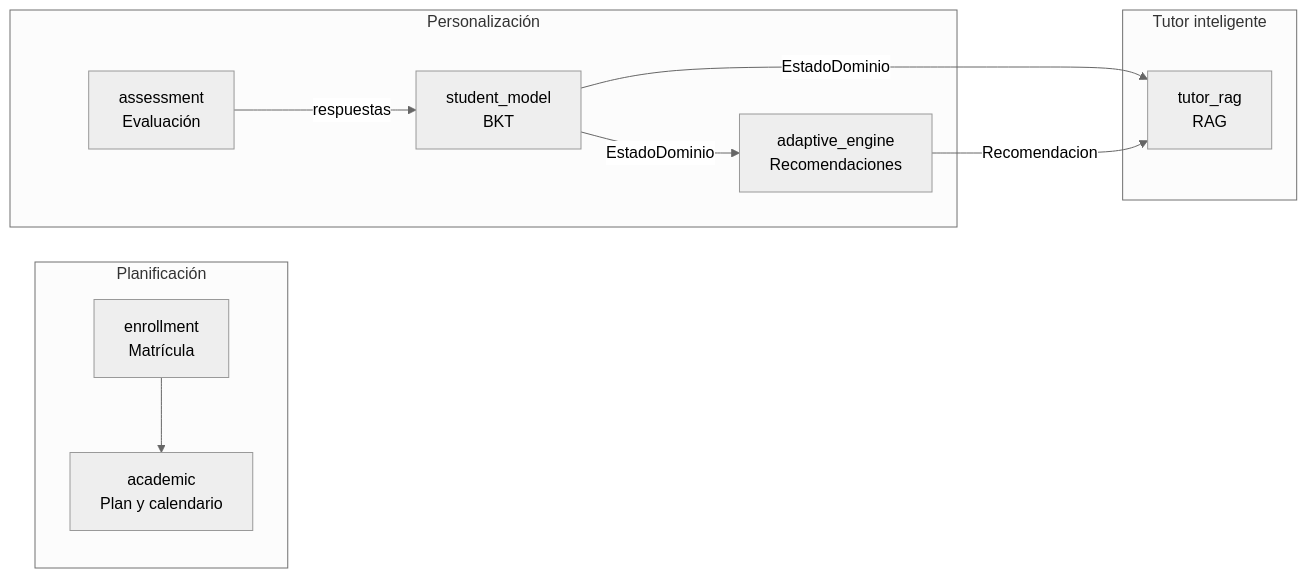
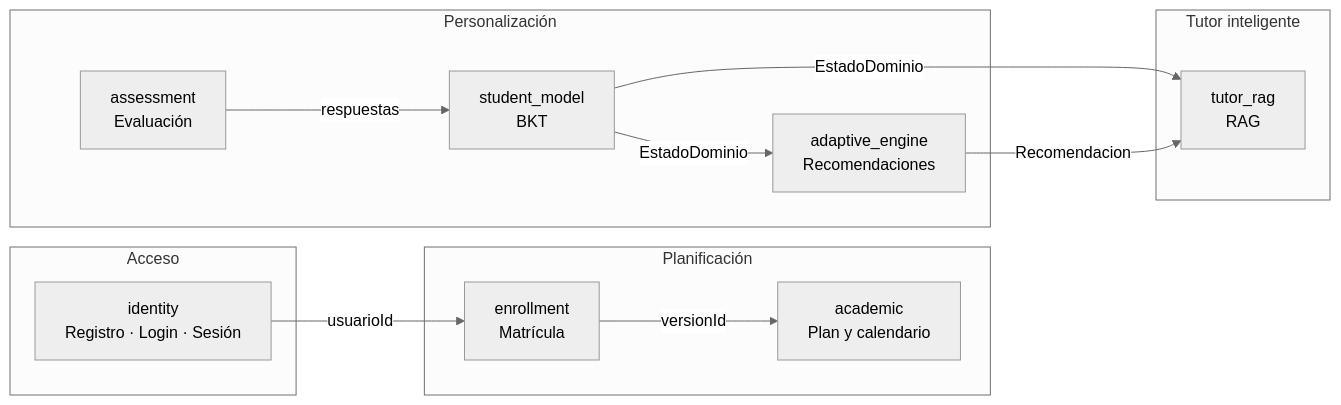
One commit to elvisllampasi27-oss/academiapp_v2 changed the first of 7 diagrams in README.md. Above: the diagram before and after it, drawn with Mermaid (neutral theme). The commit also changed other lines of this file, not shown here.

````diff
--- a/README.md
+++ b/README.md
@@ -47,23 +50,28 @@
 ```mermaid
 flowchart LR
+    subgraph Acceso["Acceso"]
+        IDN[identity<br/>Registro · Login · Sesión]
+    end
+
     subgraph Planificacion["Planificación"]
         ENR[enrollment<br/>Matrícula]
         ACA[academic<br/>Plan y calendario]
     end
 
     subgraph Personalizacion["Personalización"]
         ASM[assessment<br/>Evaluación]
         STM[student_model<br/>BKT]
         ADE[adaptive_engine<br/>Recomendaciones]
     end
 
     subgraph Tutor["Tutor inteligente"]
         RAG[tutor_rag<br/>RAG]
     end
 
-    ENR --> ACA
+    IDN -->|usuarioId| ENR
+    ENR -->|versionId| ACA
     ASM -->|respuestas| STM
     STM -->|EstadoDominio| ADE
     STM -->|EstadoDominio| RAG
     ADE -->|Recomendacion| RAG
 ```
````
